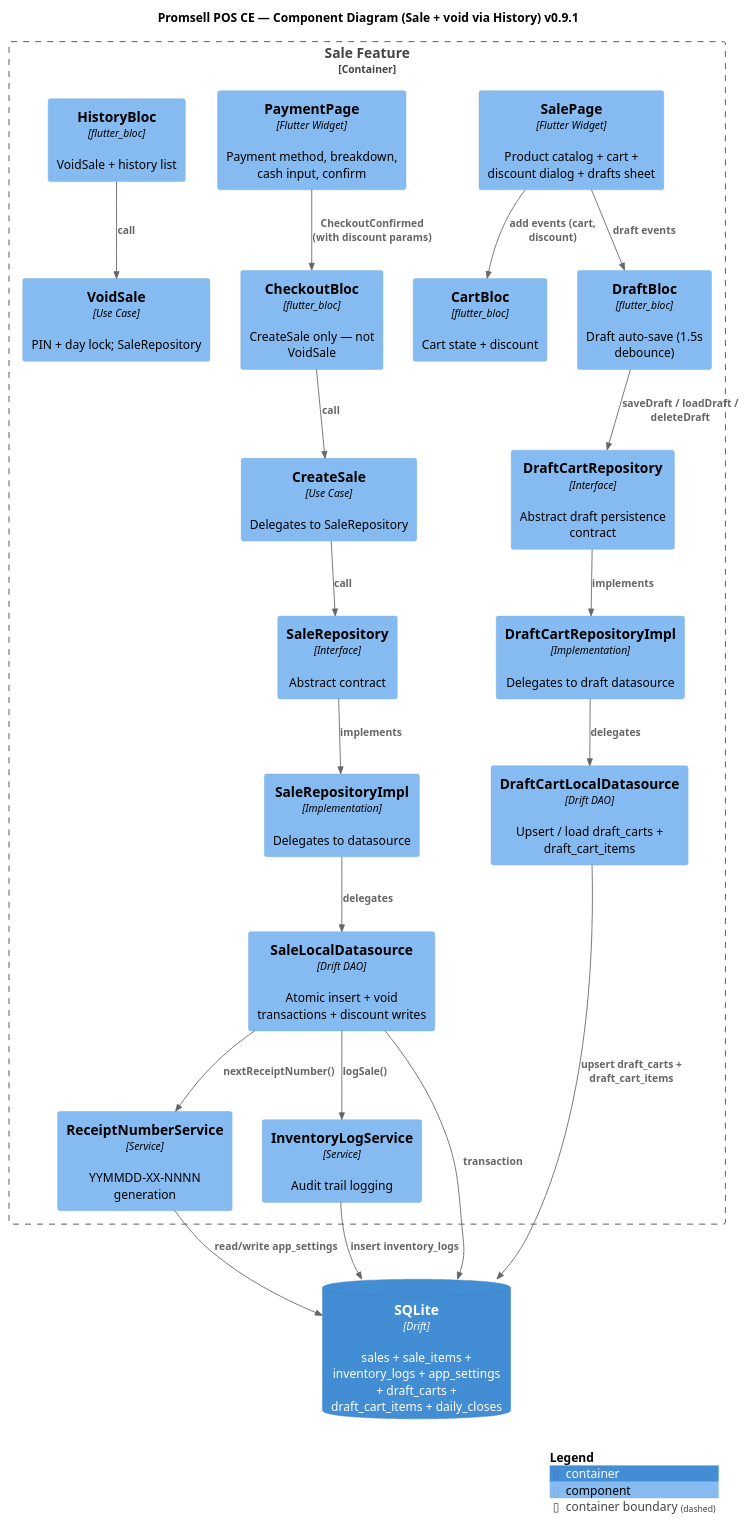
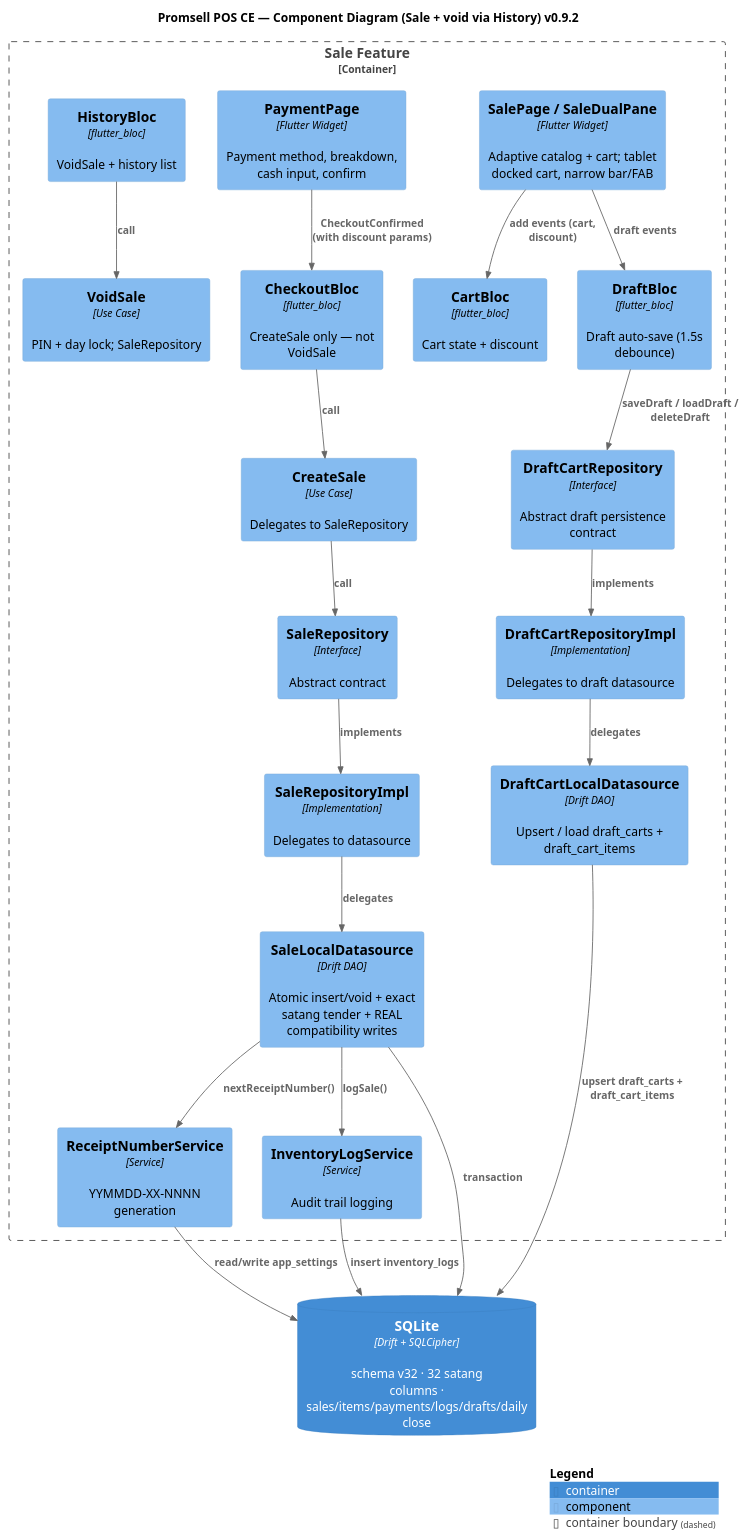
Before and after one commit to MN-Lizard-Team/promsell-pos-ce: the diagram in docs/architecture/puml/c4-component.puml, drawn with PlantUML. The commit also changed 37 other files, not shown here.

```diff
--- a/docs/architecture/puml/c4-component.puml
+++ b/docs/architecture/puml/c4-component.puml
@@ -1,46 +1,46 @@
 @startuml C4_Component
 !include https://raw.githubusercontent.com/plantuml-stdlib/C4-PlantUML/master/C4_Component.puml
 
-title Promsell POS CE — Component Diagram (Sale + void via History) v0.9.1
+title Promsell POS CE — Component Diagram (Sale + void via History) v0.9.2
 
 Container_Boundary(sale_feature, "Sale Feature") {
-    Component(sale_page, "SalePage", "Flutter Widget", "Product catalog + cart + discount dialog + drafts sheet")
+    Component(sale_page, "SalePage / SaleDualPane", "Flutter Widget", "Adaptive catalog + cart; tablet docked cart, narrow bar/FAB")
     Component(payment_sheet, "PaymentPage", "Flutter Widget", "Payment method, breakdown, cash input, confirm")
     Component(cart_bloc, "CartBloc", "flutter_bloc", "Cart state + discount")
     Component(draft_bloc, "DraftBloc", "flutter_bloc", "Draft auto-save (1.5s debounce)")
     Component(checkout_bloc, "CheckoutBloc", "flutter_bloc", "CreateSale only — not VoidSale")
     Component(history_bloc, "HistoryBloc", "flutter_bloc", "VoidSale + history list")
     Component(create_sale_uc, "CreateSale", "Use Case", "Delegates to SaleRepository")
     Component(void_sale_uc, "VoidSale", "Use Case", "PIN + day lock; SaleRepository")
     Component(sale_repo, "SaleRepository", "Interface", "Abstract contract")
     Component(sale_repo_impl, "SaleRepositoryImpl", "Implementation", "Delegates to datasource")
-    Component(sale_ds, "SaleLocalDatasource", "Drift DAO", "Atomic insert + void transactions + discount writes")
+    Component(sale_ds, "SaleLocalDatasource", "Drift DAO", "Atomic insert/void + exact satang tender + REAL compatibility writes")
     Component(receipt_svc, "ReceiptNumberService", "Service", "YYMMDD-XX-NNNN generation")
     Component(inv_log_svc, "InventoryLogService", "Service", "Audit trail logging")
     Component(draft_repo, "DraftCartRepository", "Interface", "Abstract draft persistence contract")
     Component(draft_repo_impl, "DraftCartRepositoryImpl", "Implementation", "Delegates to draft datasource")
     Component(draft_ds, "DraftCartLocalDatasource", "Drift DAO", "Upsert / load draft_carts + draft_cart_items")
 }
 
-ContainerDb(db, "SQLite", "Drift", "sales + sale_items + inventory_logs + app_settings + draft_carts + draft_cart_items + daily_closes")
+ContainerDb(db, "SQLite", "Drift + SQLCipher", "schema v32 · 32 satang columns · sales/items/payments/logs/drafts/daily close")
 
 Rel(sale_page, cart_bloc, "add events (cart, discount)")
 Rel(sale_page, draft_bloc, "draft events")
 Rel(payment_sheet, checkout_bloc, "CheckoutConfirmed (with discount params)")
 Rel(checkout_bloc, create_sale_uc, "call")
 Rel(history_bloc, void_sale_uc, "call")
 Rel(draft_bloc, draft_repo, "saveDraft / loadDraft / deleteDraft")
 Rel(create_sale_uc, sale_repo, "call")
 Rel(sale_repo, sale_repo_impl, "implements")
 Rel(sale_repo_impl, sale_ds, "delegates")
 Rel(draft_repo, draft_repo_impl, "implements")
 Rel(draft_repo_impl, draft_ds, "delegates")
 Rel(sale_ds, receipt_svc, "nextReceiptNumber()")
 Rel(sale_ds, inv_log_svc, "logSale()")
 Rel(sale_ds, db, "transaction")
 Rel(receipt_svc, db, "read/write app_settings")
 Rel(inv_log_svc, db, "insert inventory_logs")
 Rel(draft_ds, db, "upsert draft_carts + draft_cart_items")
 
 SHOW_LEGEND()
 @enduml
```
